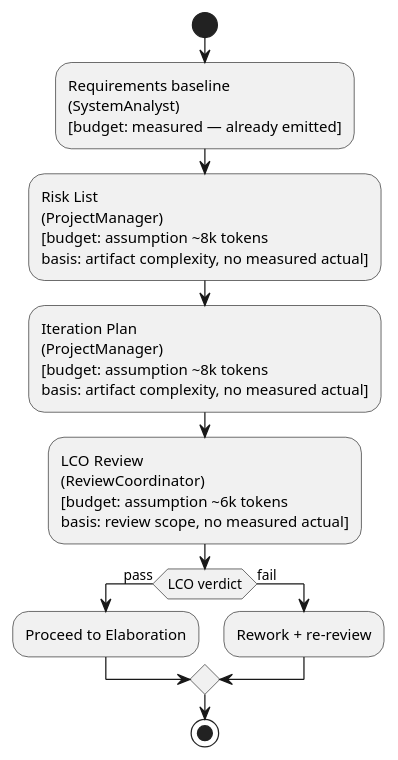
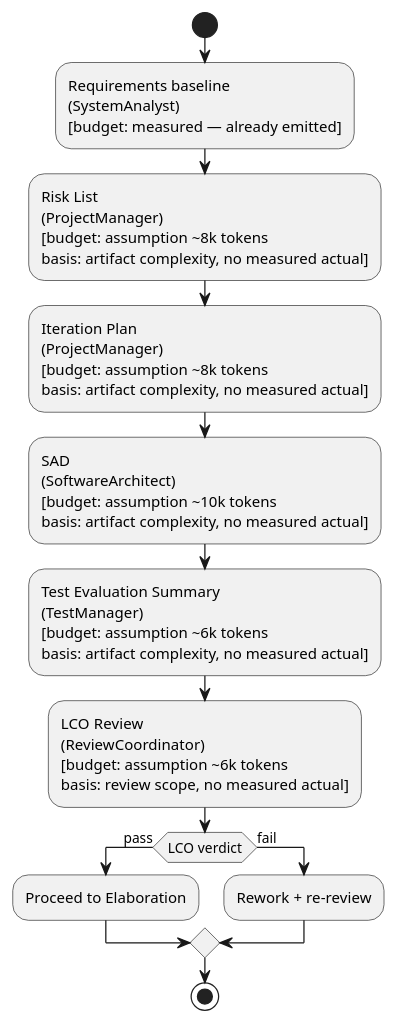
Before and after one commit to banense-test/portal: the second of 2 diagrams in docs/artifacts/project-management/iteration-plan.md, drawn with PlantUML. The commit also changed other lines of this file, not shown here.

First line of the commit message:
Project Manager [I2]: upsert Iteration Plan

````diff
--- a/docs/artifacts/project-management/iteration-plan.md
+++ b/docs/artifacts/project-management/iteration-plan.md
@@ -46,15 +48,17 @@
 ```plantuml
 @startuml
 start
 :Requirements baseline\n(SystemAnalyst)\n[budget: measured — already emitted];
 :Risk List\n(ProjectManager)\n[budget: assumption ~8k tokens\nbasis: artifact complexity, no measured actual];
 :Iteration Plan\n(ProjectManager)\n[budget: assumption ~8k tokens\nbasis: artifact complexity, no measured actual];
+:SAD\n(SoftwareArchitect)\n[budget: assumption ~10k tokens\nbasis: artifact complexity, no measured actual];
+:Test Evaluation Summary\n(TestManager)\n[budget: assumption ~6k tokens\nbasis: artifact complexity, no measured actual];
 :LCO Review\n(ReviewCoordinator)\n[budget: assumption ~6k tokens\nbasis: review scope, no measured actual];
 if (LCO verdict) then (pass)
   :Proceed to Elaboration;
 else (fail)
   :Rework + re-review;
 endif
 stop
 @enduml
 ```
````
